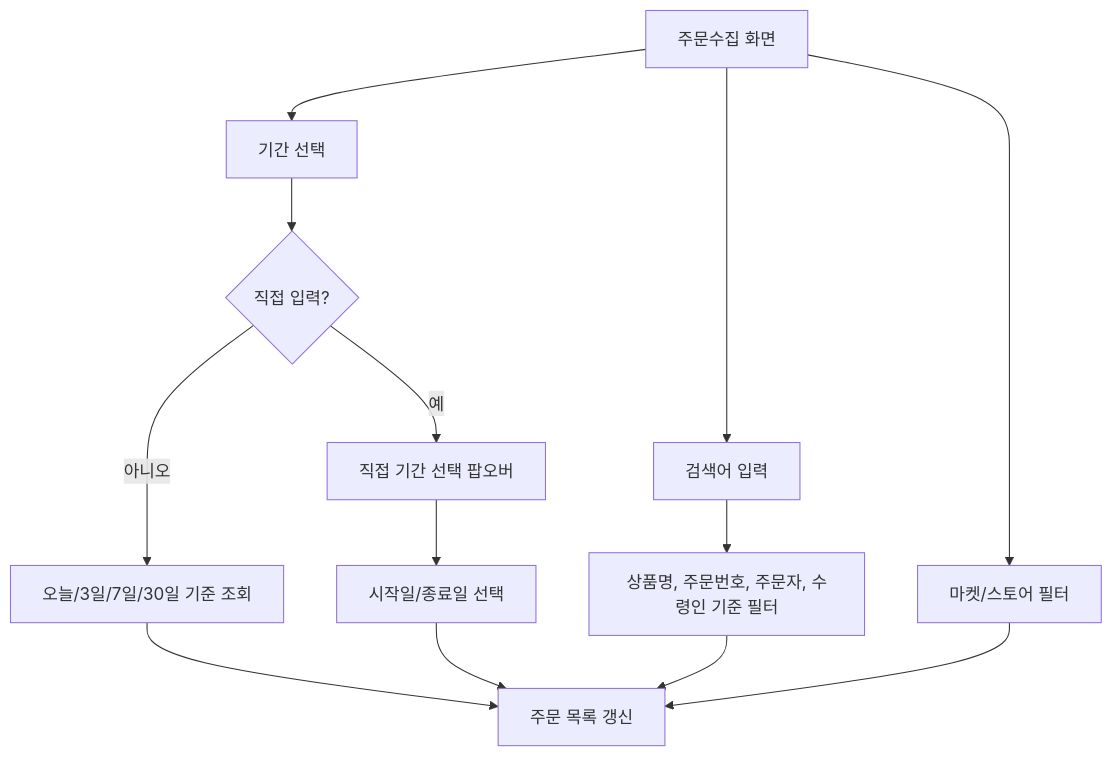
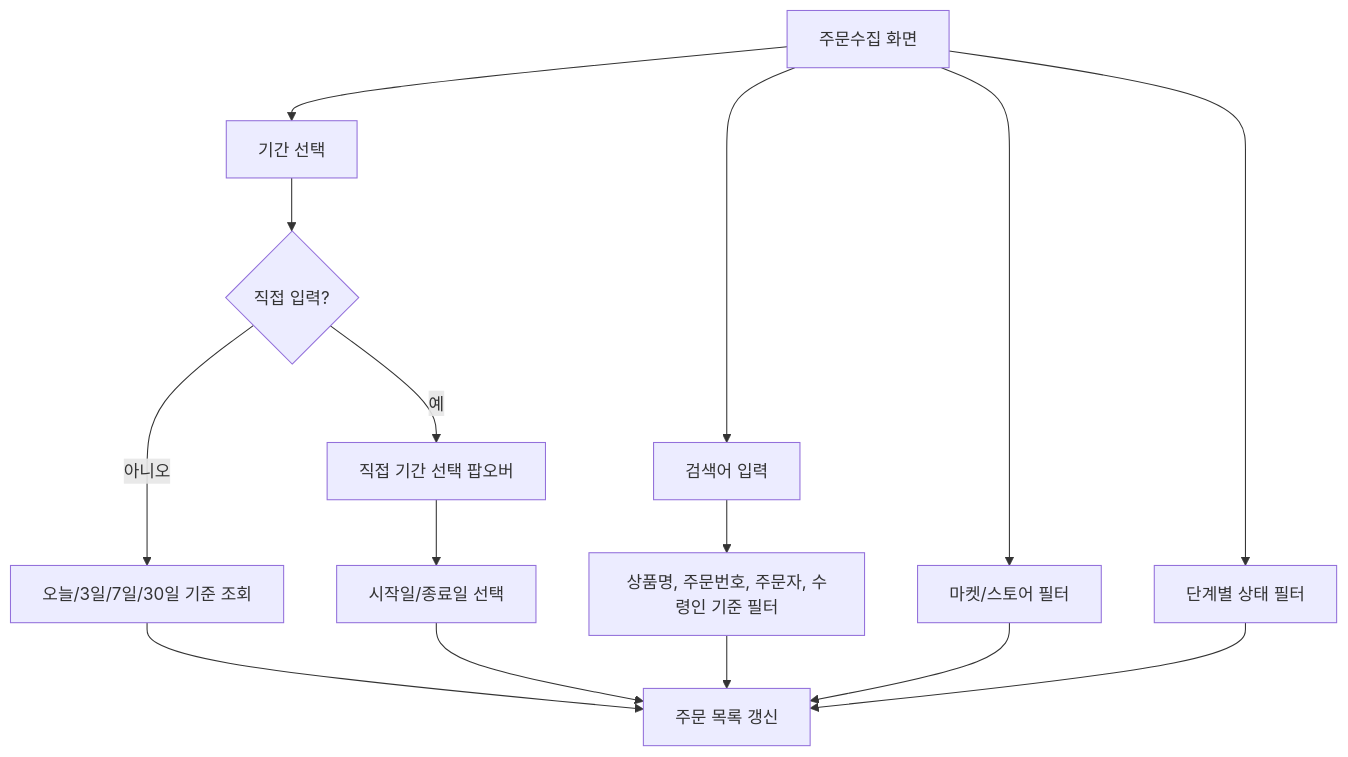
The fourth of 5 diagrams in docs/08_유저플로우/02_마켓연동_및_주문수집_유저플로우.md (moonceo/Jmpp), drawn with Mermaid before and after one commit. The commit also changed other lines of this file and 245 other files, not shown here.

````diff
--- a/docs/08_유저플로우/02_마켓연동_및_주문수집_유저플로우.md
+++ b/docs/08_유저플로우/02_마켓연동_및_주문수집_유저플로우.md
@@ -71,15 +94,17 @@
 ```mermaid
 flowchart TD
     A["주문수집 화면"] --> B["기간 선택"]
     B --> C{"직접 입력?"}
     C -->|"아니오"| D["오늘/3일/7일/30일 기준 조회"]
     C -->|"예"| E["직접 기간 선택 팝오버"]
     E --> F["시작일/종료일 선택"]
     A --> G["검색어 입력"]
     G --> H["상품명, 주문번호, 주문자, 수령인 기준 필터"]
     A --> I["마켓/스토어 필터"]
+    A --> K["단계별 상태 필터"]
     D --> J["주문 목록 갱신"]
     F --> J
     H --> J
     I --> J
+    K --> J
 ```
````
